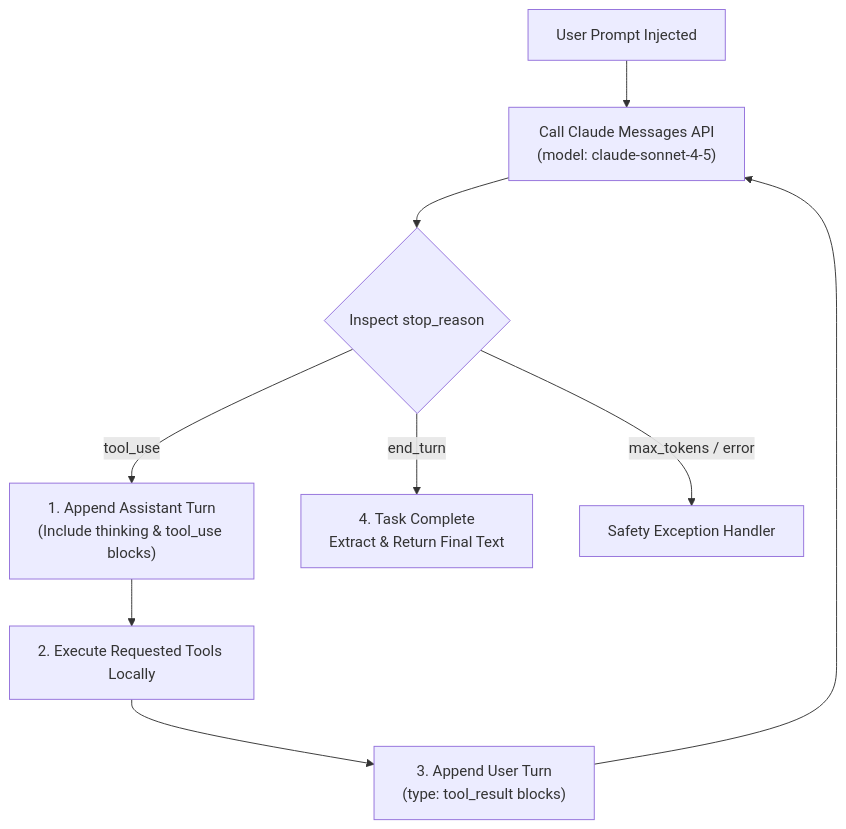
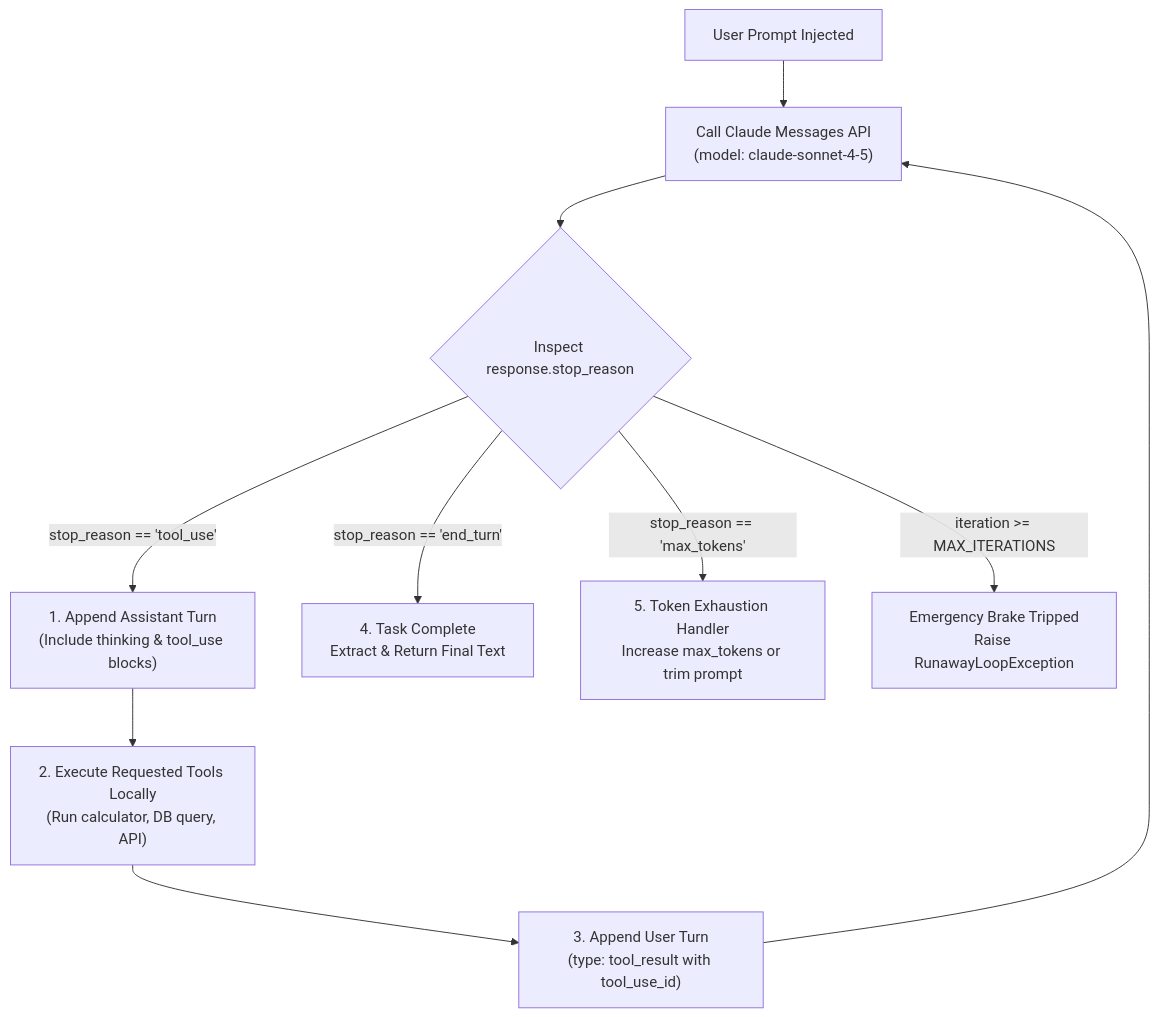
Before and after one commit to dip4k/claude_cert_architect_foundation_prep: the diagram in domain1/ts_1_1_multi_tool_agent_loop/README.md, drawn with Mermaid. The commit also changed other lines of this file and 59 other files, not shown here.

````diff
--- a/domain1/ts_1_1_multi_tool_agent_loop/README.md
+++ b/domain1/ts_1_1_multi_tool_agent_loop/README.md
@@ -10,13 +71,14 @@
 ```mermaid
 flowchart TD
     Start["User Prompt Injected"] --> SendRequest["Call Claude Messages API<br>(model: claude-sonnet-4-5)"]
-    SendRequest --> CheckStop{"Inspect stop_reason"}
+    SendRequest --> CheckStop{"Inspect response.stop_reason"}
     
-    CheckStop -- "tool_use" --> AppendAssistant["1. Append Assistant Turn<br>(Include thinking & tool_use blocks)"]
-    AppendAssistant --> ExecLocal["2. Execute Requested Tools Locally"]
-    ExecLocal --> AppendUser["3. Append User Turn<br>(type: tool_result blocks)"]
+    CheckStop -->|"stop_reason == 'tool_use'"| AppendAssistant["1. Append Assistant Turn<br>(Include thinking & tool_use blocks)"]
+    AppendAssistant --> ExecLocal["2. Execute Requested Tools Locally<br>(Run calculator, DB query, API)"]
+    ExecLocal --> AppendUser["3. Append User Turn<br>(type: tool_result with tool_use_id)"]
     AppendUser --> SendRequest
     
-    CheckStop -- "end_turn" --> Terminate["4. Task Complete<br>Extract & Return Final Text"]
-    CheckStop -- "max_tokens / error" --> HandleException["Safety Exception Handler"]
+    CheckStop -->|"stop_reason == 'end_turn'"| Terminate["4. Task Complete<br>Extract & Return Final Text"]
+    CheckStop -->|"stop_reason == 'max_tokens'"| HandleMaxTokens["5. Token Exhaustion Handler<br>Increase max_tokens or trim prompt"]
+    CheckStop -->|"iteration >= MAX_ITERATIONS"| TripCircuit["Emergency Brake Tripped<br>Raise RunawayLoopException"]
 ```
````
